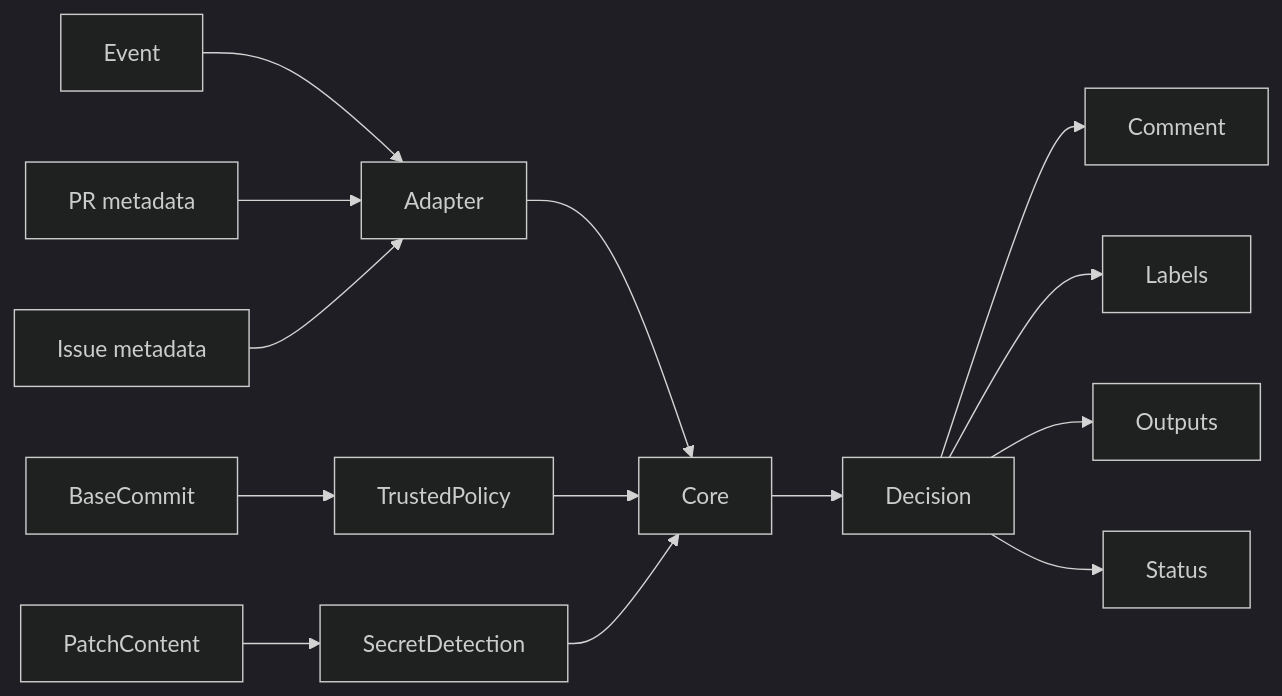
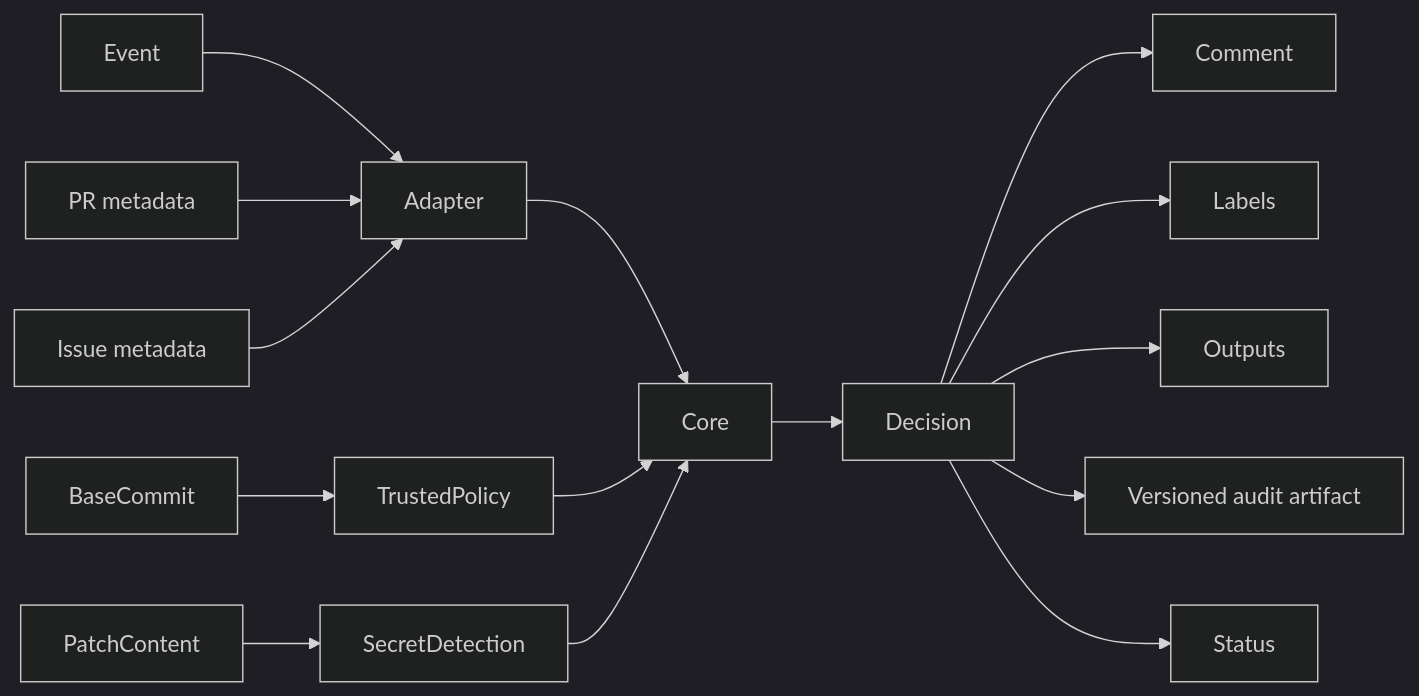
One commit to streamentry/AGENTOWNERS changed the first of 2 diagrams in packages/github-action/AGENTS.md. Above: the diagram before and after it, drawn with Mermaid (dark theme). The commit also changed other lines of this file and 10 other files, not shown here.

Commit message:
feat(action): expose audit artifact path

````diff
--- a/packages/github-action/AGENTS.md
+++ b/packages/github-action/AGENTS.md
@@ -21,15 +21,16 @@
 ```mermaid
 flowchart LR
   Event --> Adapter
   PR[PR metadata] --> Adapter
   Issue[Issue metadata] --> Adapter
   BaseCommit --> TrustedPolicy
   Adapter --> Core
   TrustedPolicy --> Core
   PatchContent --> SecretDetection --> Core
   Core --> Decision
   Decision --> Comment
   Decision --> Labels
   Decision --> Outputs
+  Decision --> AuditArtifact[Versioned audit artifact]
   Decision --> Status
 ```
````
